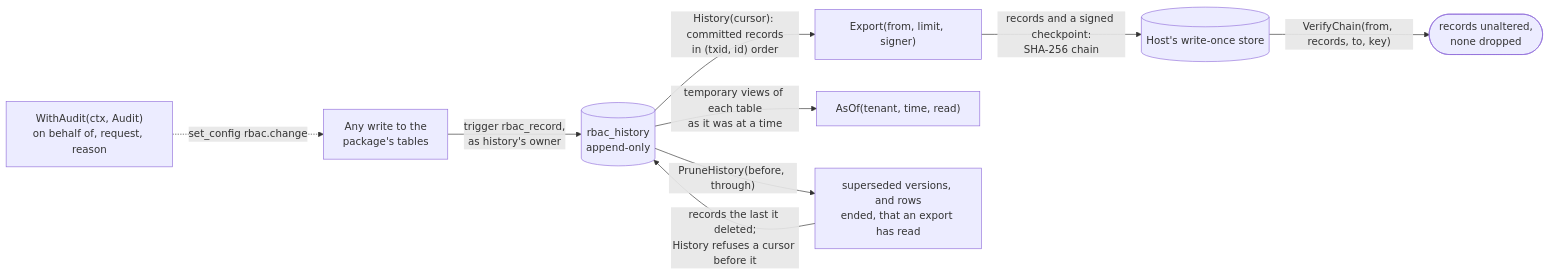
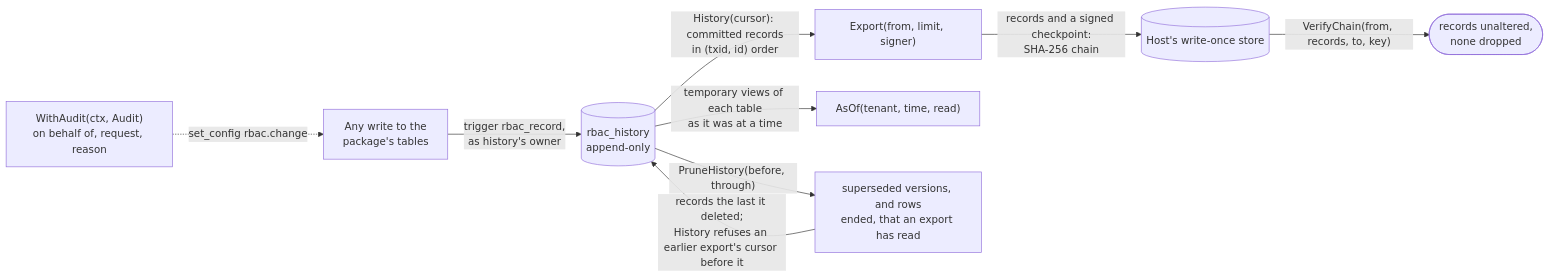
Before and after one commit to parallelworks/rbac: diagram 12 of 13 in docs/architecture.md, drawn with Mermaid. The commit also changed other lines of this file and 5 other files, not shown here.

````diff
--- a/docs/architecture.md
+++ b/docs/architecture.md
@@ -631,11 +631,11 @@
 ```mermaid
 flowchart LR
     write["Any write to the<br/>package's tables"] -->|"trigger rbac_record,<br/>as history's owner"| hist[("rbac_history<br/>append-only")]
     ctxa["WithAudit(ctx, Audit)<br/>on behalf of, request, reason"] -.->|"set_config rbac.change"| write
     hist -->|"History(cursor): committed records<br/>in (txid, id) order"| exp["Export(from, limit, signer)"]
     exp -->|"records and a signed checkpoint:<br/>SHA-256 chain"| store[("Host's write-once store")]
     store -->|"VerifyChain(from, records, to, key)"| verify(["records unaltered,<br/>none dropped"])
     hist -->|"temporary views of each table<br/>as it was at a time"| asof["AsOf(tenant, time, read)"]
     hist -->|"PruneHistory(before, through)"| prune["superseded versions, and rows<br/>ended, that an export has read"]
-    prune -->|"records the last it deleted;<br/>History refuses a cursor before it"| hist
+    prune -->|"records the last it deleted;<br/>History refuses an earlier export's cursor before it"| hist
 ```
````
